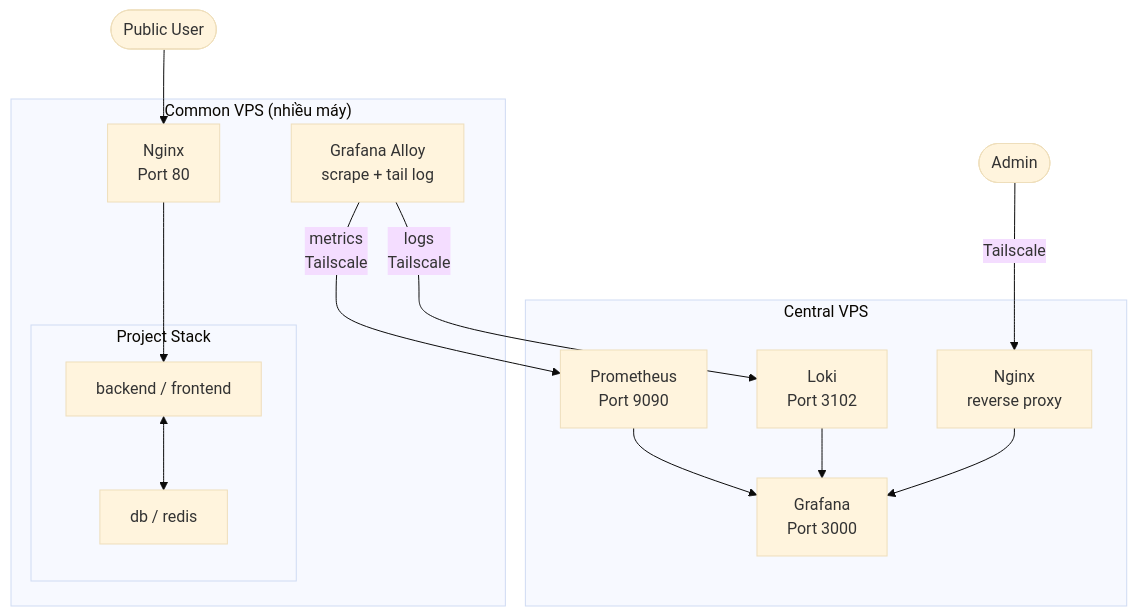
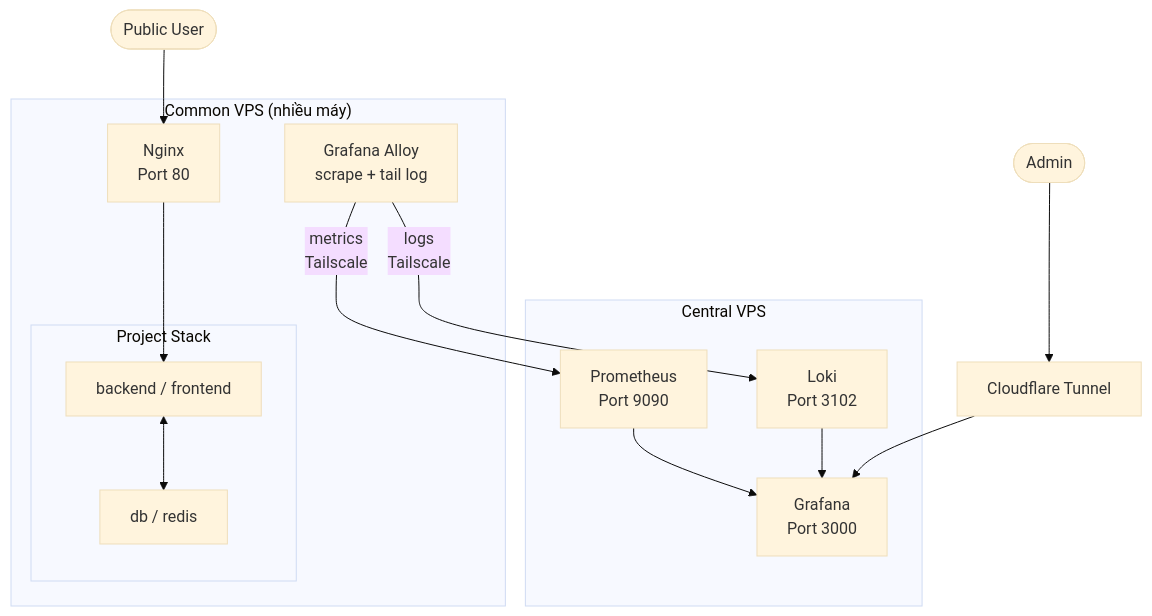
One commit to bambootv/nginx_cadvisor_prometheus_grafana changed the first of 5 diagrams in docs/architecture.md. Above: the diagram before and after it, drawn with Mermaid (base theme). The commit also changed other lines of this file and 3 other files, not shown here.

````diff
--- a/docs/architecture.md
+++ b/docs/architecture.md
@@ -20,31 +20,32 @@
 ```mermaid
 flowchart TB
     subgraph common["Common VPS (nhiều máy)"]
         nginx_c[Nginx\nPort 80]
         alloy[Grafana Alloy\nscrape + tail log]
         subgraph project["Project Stack"]
             app[backend / frontend]
             db[db / redis]
         end
     end
 
     subgraph central["Central VPS"]
-        nginx_central[Nginx\nreverse proxy]
         grafana[Grafana\nPort 3000]
         prom[Prometheus\nPort 9090]
         loki[Loki\nPort 3102]
     end
+
+    cf[Cloudflare Tunnel]
 
     user([Public User]) --> nginx_c
     nginx_c --> app
     app <--> db
 
     alloy -->|"metrics\nTailscale"| prom
     alloy -->|"logs\nTailscale"| loki
 
     prom --> grafana
     loki --> grafana
 
-    admin([Admin]) -->|Tailscale| nginx_central
-    nginx_central --> grafana
+    admin([Admin]) --> cf
+    cf --> grafana
 ```
````
